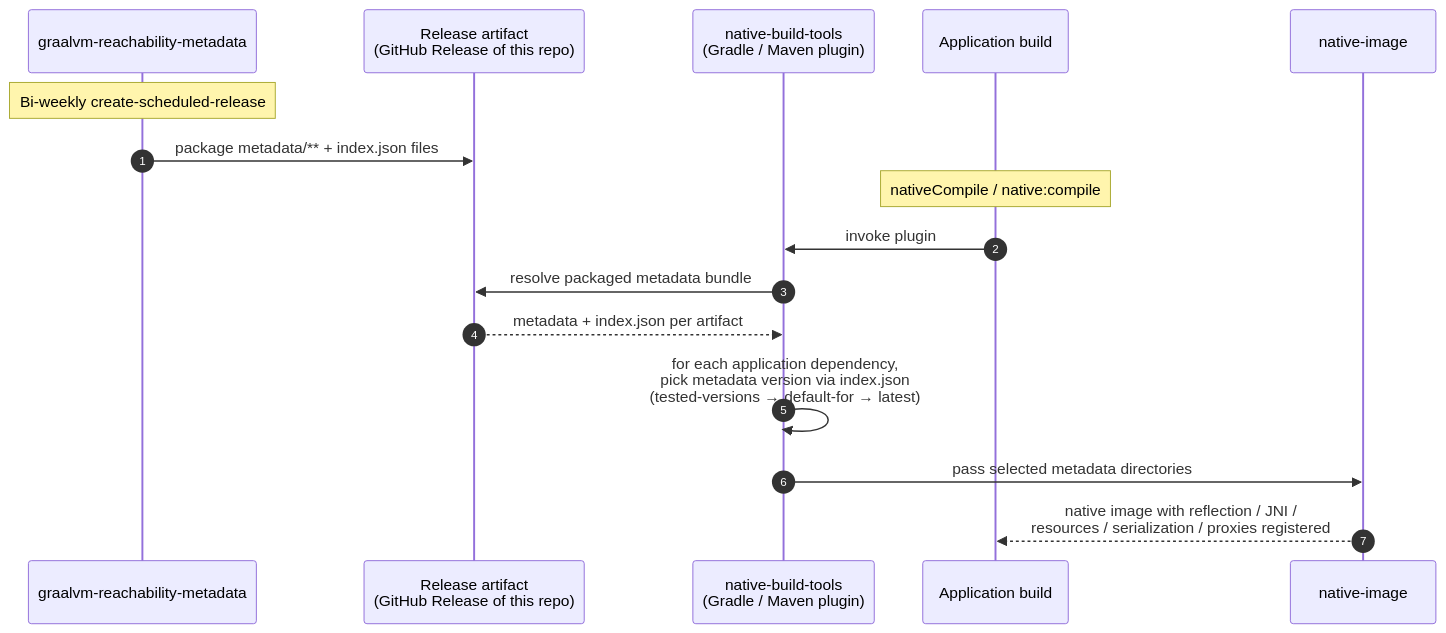
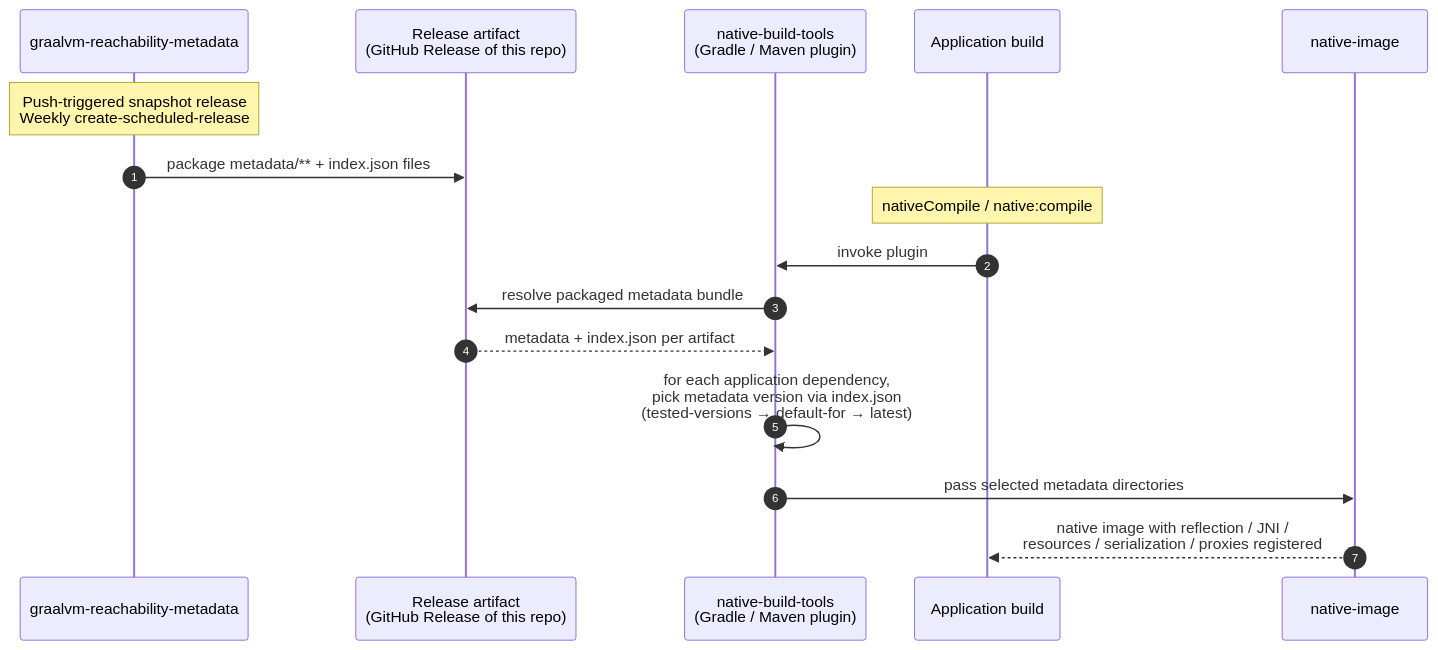
The first of 2 diagrams in docs/functional-spec.md (oracle/graalvm-reachability-metadata), drawn with Mermaid before and after one commit. The commit also changed other lines of this file and 4 other files, not shown here.

First line of the commit message:
Maintain latest metadata release and weekly cadence (#8196)

````diff
--- a/docs/functional-spec.md
+++ b/docs/functional-spec.md
@@ -134,20 +137,20 @@
 ```mermaid
 sequenceDiagram
     autonumber
     participant Repo as graalvm-reachability-metadata
     participant Artifact as Release artifact<br/>(GitHub Release of this repo)
     participant NBT as native-build-tools<br/>(Gradle / Maven plugin)
     participant App as Application build
     participant NI as native-image
 
-    Note over Repo: Bi-weekly create-scheduled-release
+    Note over Repo: Push-triggered snapshot release<br/>Weekly create-scheduled-release
     Repo->>Artifact: package metadata/** + index.json files
 
     Note over App: nativeCompile / native:compile
     App->>NBT: invoke plugin
     NBT->>Artifact: resolve packaged metadata bundle
     Artifact-->>NBT: metadata + index.json per artifact
     NBT->>NBT: for each application dependency,<br/>pick metadata version via index.json<br/>(tested-versions → default-for → latest)
     NBT->>NI: pass selected metadata directories
     NI-->>App: native image with reflection / JNI /<br/>resources / serialization / proxies registered
 ```
````
